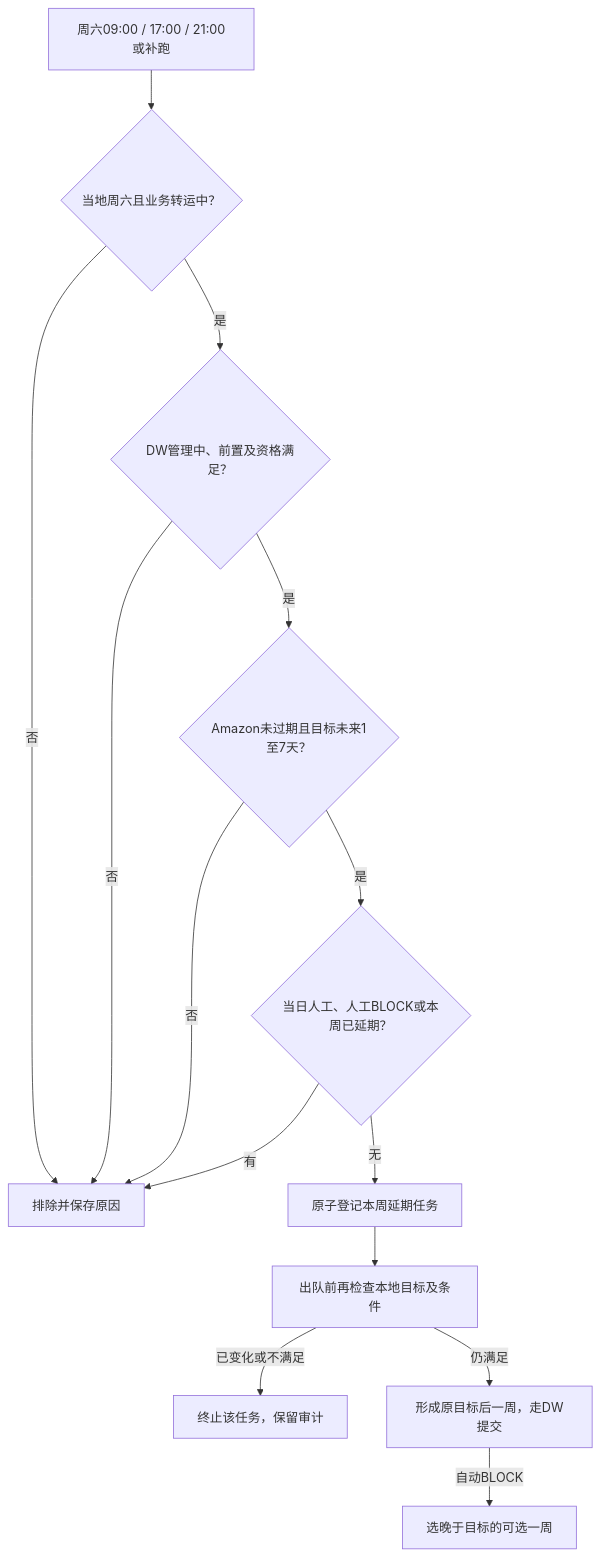
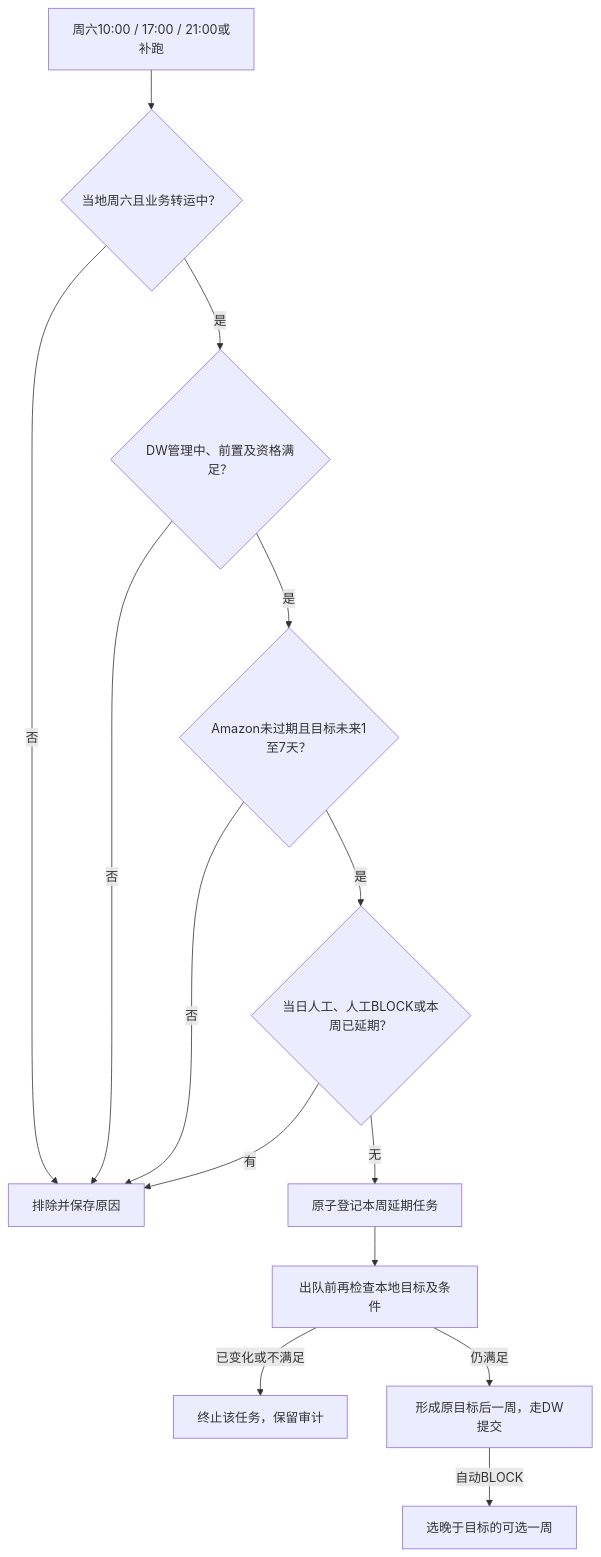
Before and after one commit to zhangwen960722/luna-daily: the ninth of 16 diagrams in 0-产品经理使用IDE/drafts/Amazon管理/Amazon管理产品方案.md, drawn with Mermaid. The commit also changed other lines of this file and 8 other files, not shown here.

````diff
--- a/0-产品经理使用IDE/drafts/Amazon管理/Amazon管理产品方案.md
+++ b/0-产品经理使用IDE/drafts/Amazon管理/Amazon管理产品方案.md
@@ -485,16 +536,16 @@
 ```mermaid
 flowchart TB
-    A["周六09:00 / 17:00 / 21:00或补跑"] --> B{"当地周六且业务转运中？"}
+    A["周六10:00 / 17:00 / 21:00或补跑"] --> B{"当地周六且业务转运中？"}
     B -->|否| C["排除并保存原因"]
     B -->|是| D{"DW管理中、前置及资格满足？"}
     D -->|否| C
     D -->|是| E{"Amazon未过期且目标未来1至7天？"}
     E -->|否| C
     E -->|是| F{"当日人工、人工BLOCK或本周已延期？"}
     F -->|有| C
     F -->|无| G["原子登记本周延期任务"]
     G --> H["出队前再检查本地目标及条件"]
     H -->|已变化或不满足| I["终止该任务，保留审计"]
     H -->|仍满足| J["形成原目标后一周，走DW提交"]
     J -->|自动BLOCK| K["选晚于目标的可选一周"]
 ```
````
